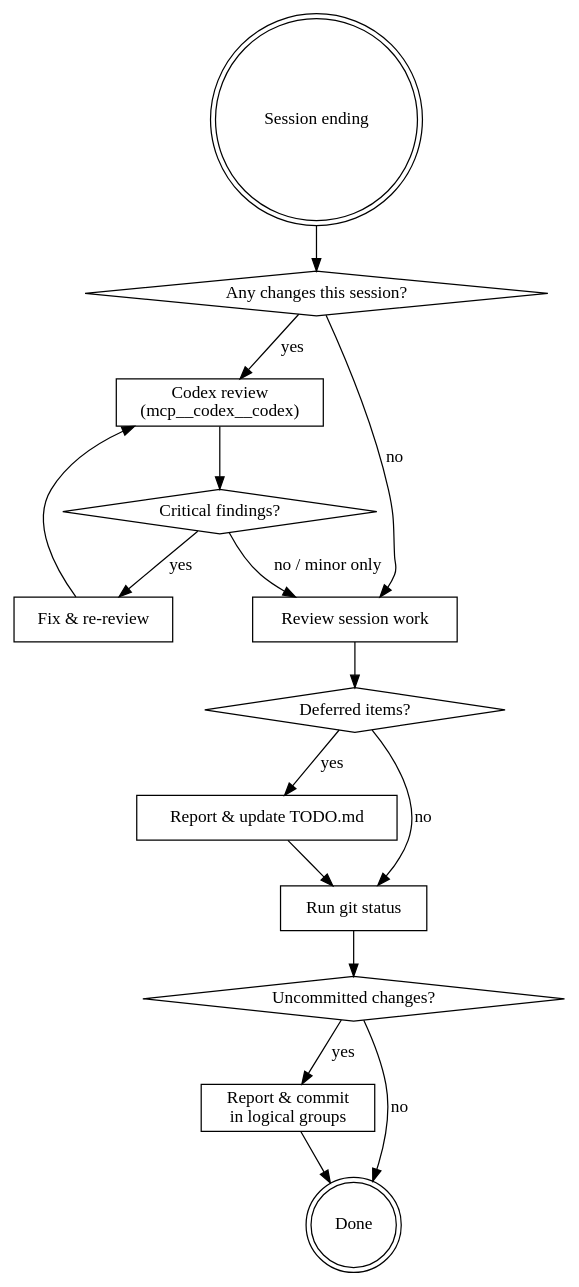
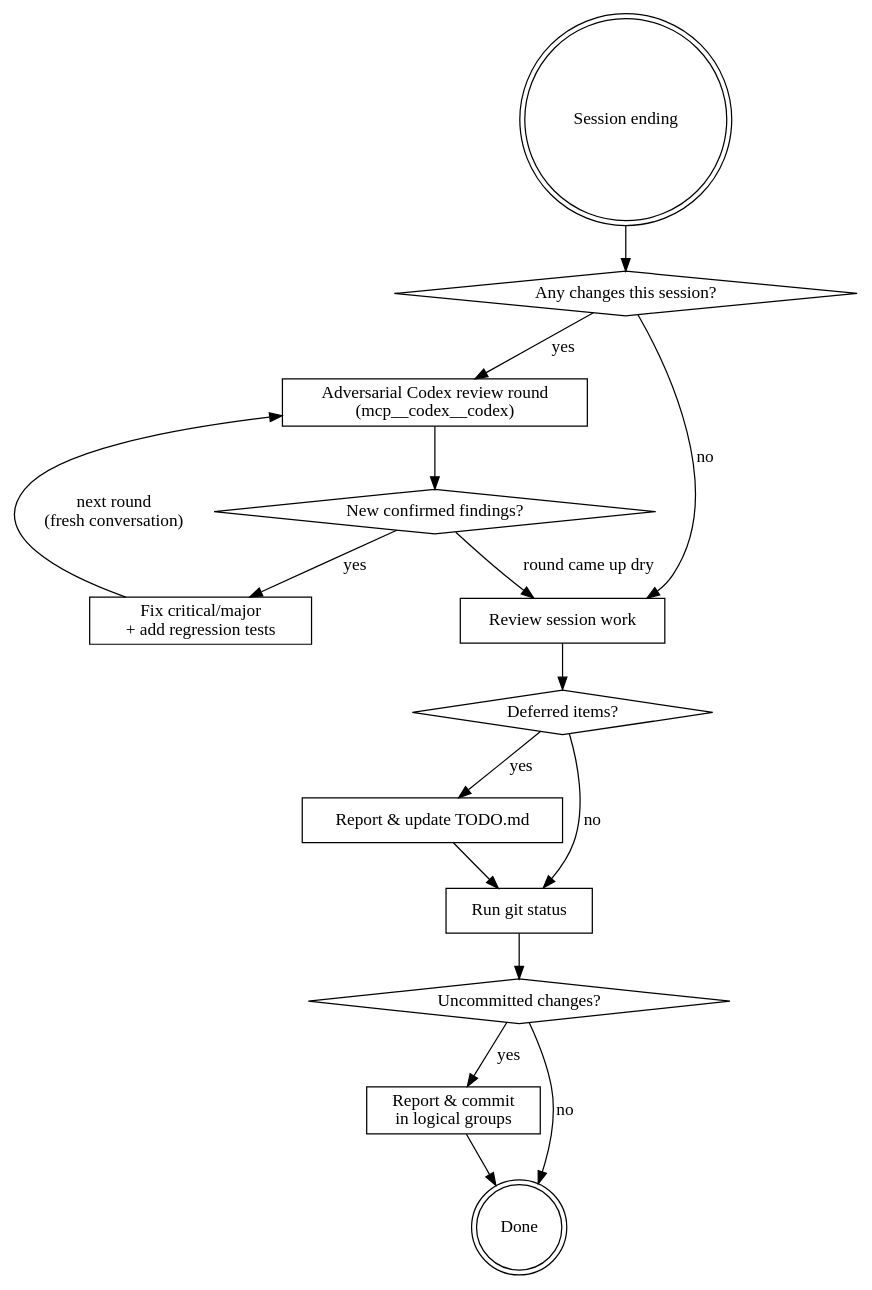
The diagram in .claude/skills/wrap-up/SKILL.md (k-ymmt/yosh), drawn with Graphviz before and after one commit. The commit also changed other lines of this file, not shown here.

First line of the commit message:
docs(skills): make wrap-up Codex review adversarial with dry-run loop

````diff
--- a/.claude/skills/wrap-up/SKILL.md
+++ b/.claude/skills/wrap-up/SKILL.md
@@ -12,32 +14,32 @@
 ```dot
 digraph wrap_up {
     "Session ending" [shape=doublecircle];
     "Any changes this session?" [shape=diamond];
-    "Codex review\n(mcp__codex__codex)" [shape=box];
-    "Critical findings?" [shape=diamond];
-    "Fix & re-review" [shape=box];
+    "Adversarial Codex review round\n(mcp__codex__codex)" [shape=box];
+    "New confirmed findings?" [shape=diamond];
+    "Fix critical/major\n+ add regression tests" [shape=box];
     "Review session work" [shape=box];
     "Deferred items?" [shape=diamond];
     "Report & update TODO.md" [shape=box];
     "Run git status" [shape=box];
     "Uncommitted changes?" [shape=diamond];
     "Report & commit\nin logical groups" [shape=box];
     "Done" [shape=doublecircle];
 
     "Session ending" -> "Any changes this session?";
-    "Any changes this session?" -> "Codex review\n(mcp__codex__codex)" [label="yes"];
+    "Any changes this session?" -> "Adversarial Codex review round\n(mcp__codex__codex)" [label="yes"];
     "Any changes this session?" -> "Review session work" [label="no"];
-    "Codex review\n(mcp__codex__codex)" -> "Critical findings?";
-    "Critical findings?" -> "Fix & re-review" [label="yes"];
-    "Fix & re-review" -> "Codex review\n(mcp__codex__codex)";
-    "Critical findings?" -> "Review session work" [label="no / minor only"];
+    "Adversarial Codex review round\n(mcp__codex__codex)" -> "New confirmed findings?";
+    "New confirmed findings?" -> "Fix critical/major\n+ add regression tests" [label="yes"];
+    "Fix critical/major\n+ add regression tests" -> "Adversarial Codex review round\n(mcp__codex__codex)" [label="next round\n(fresh conversation)"];
+    "New confirmed findings?" -> "Review session work" [label="round came up dry"];
     "Review session work" -> "Deferred items?";
     "Deferred items?" -> "Report & update TODO.md" [label="yes"];
     "Deferred items?" -> "Run git status" [label="no"];
     "Report & update TODO.md" -> "Run git status";
     "Run git status" -> "Uncommitted changes?";
     "Uncommitted changes?" -> "Report & commit\nin logical groups" [label="yes"];
     "Uncommitted changes?" -> "Done" [label="no"];
     "Report & commit\nin logical groups" -> "Done";
 }
 ```
````
